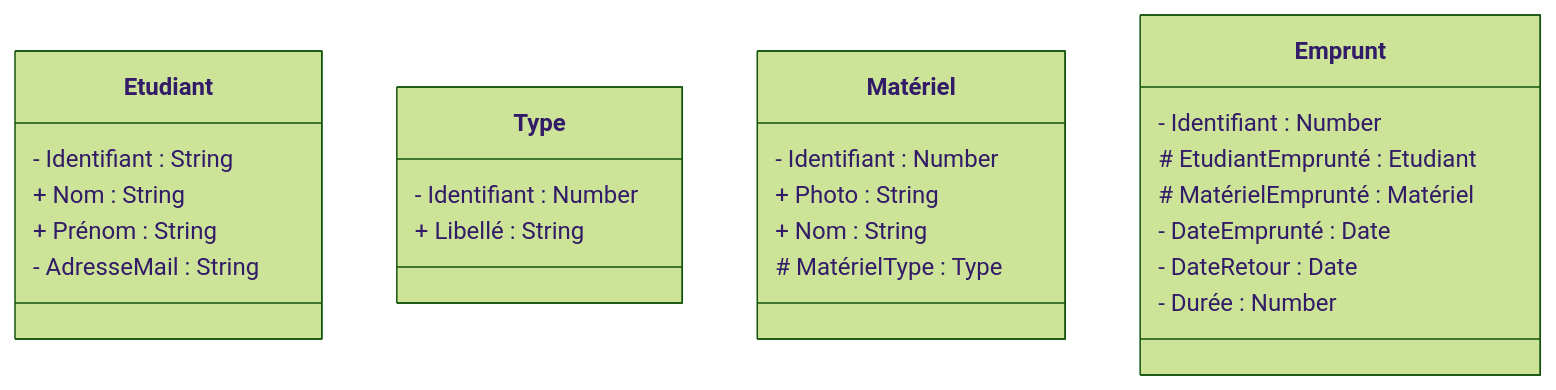
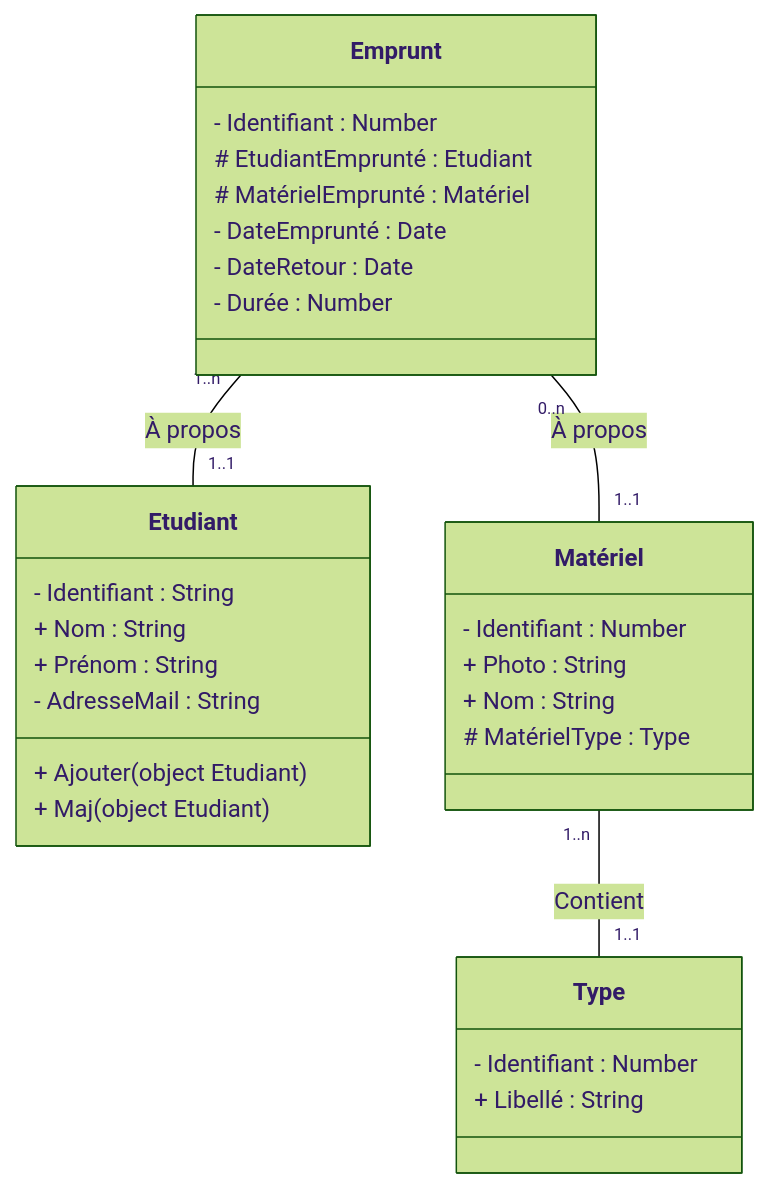
Before and after one commit to ayoub-ghanaj/FSSM-Library: the second of 2 diagrams in uml/cu.md, drawn with Mermaid (forest theme).

Commit message:
Mise en place de la base de données

````diff
--- a/uml/cu.md
+++ b/uml/cu.md
@@ -17,29 +17,33 @@
 ```mermaid
 classDiagram
     class Etudiant {
         - Identifiant : String
         + Nom : String
         + Prénom : String
         - AdresseMail : String
-        %% ajouter(object Etudiant)
-        %% maj(object Etudiant)
+        + Ajouter(object Etudiant)
+        + Maj(object Etudiant)
     }
     class Type {
         - Identifiant : Number
         + Libellé : String
     }
     class Matériel {
         - Identifiant : Number
         + Photo : String
         + Nom : String
         # MatérielType : Type
     }
     class Emprunt {
         - Identifiant : Number
         # EtudiantEmprunté : Etudiant
         # MatérielEmprunté : Matériel
         - DateEmprunté : Date
         - DateRetour : Date
         - Durée : Number
     }
+    
+    Matériel "1..n" -- "1..1" Type : Contient
+    Emprunt "0..n" -- "1..1" Matériel : À propos
+    Emprunt "1..n" -- "1..1" Etudiant : À propos
 ```
````
